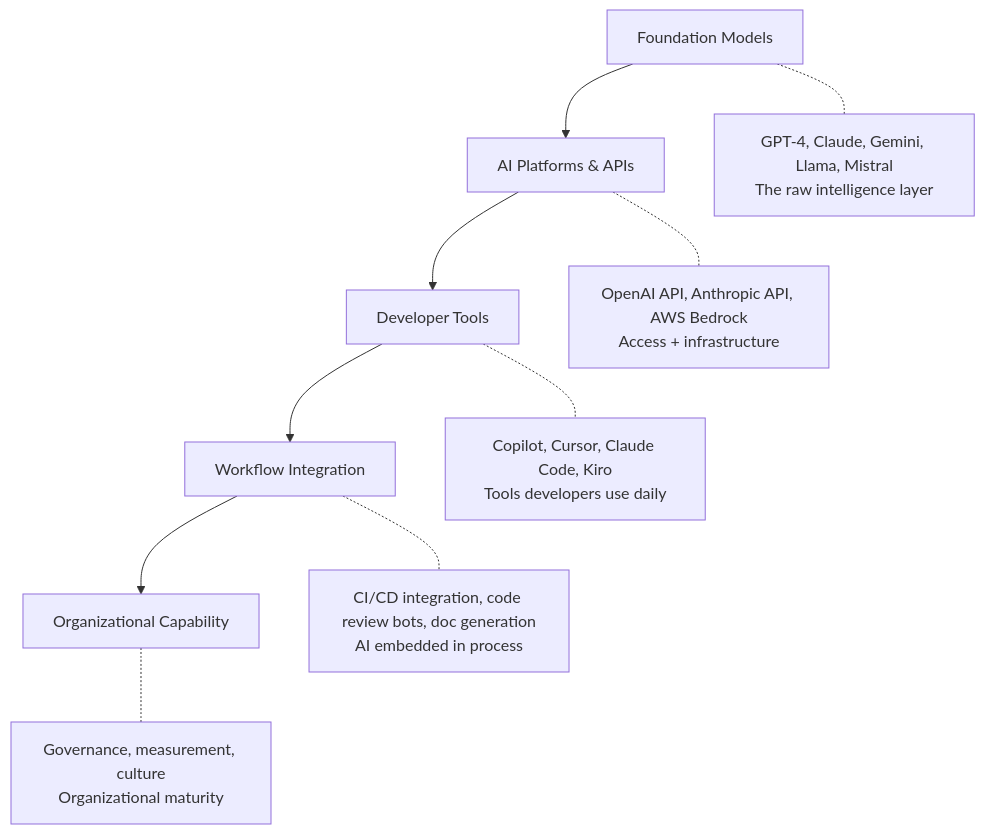
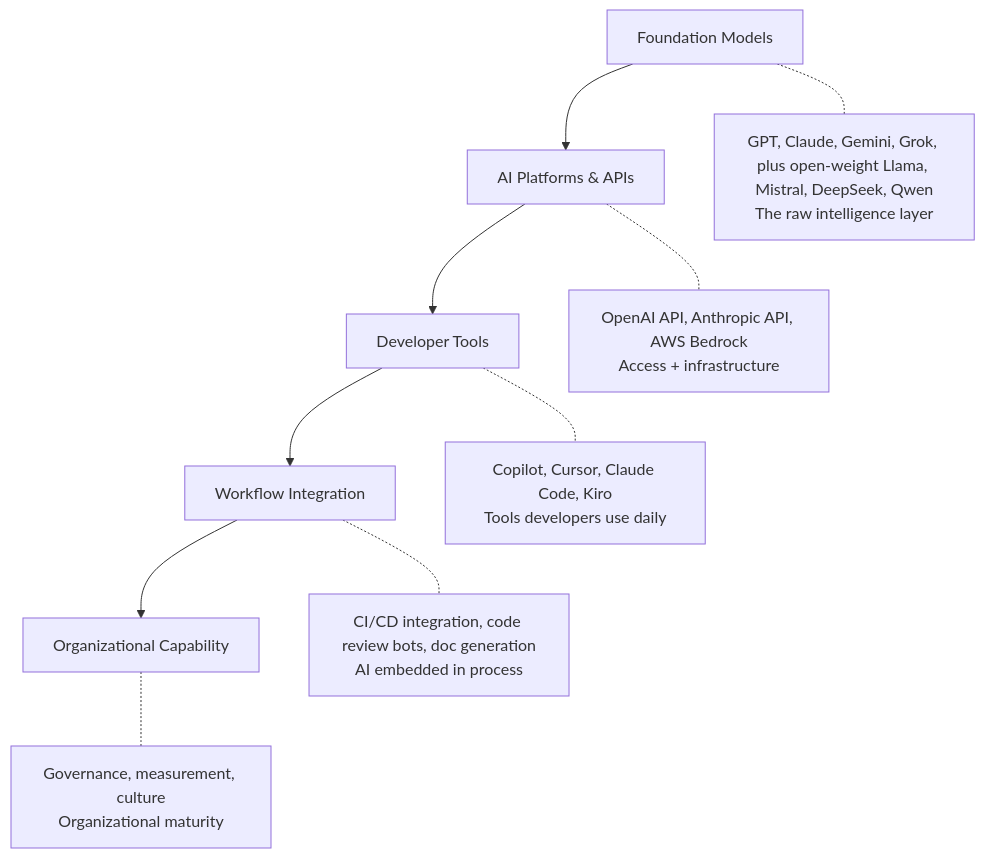
One commit to bernardmendonca/ai-engineering-playbook changed the first of 2 diagrams in foundations/ai-landscape.md. Above: the diagram before and after it, drawn with Mermaid. The commit also changed other lines of this file and 53 other files, not shown here.

````diff
--- a/foundations/ai-landscape.md
+++ b/foundations/ai-landscape.md
@@ -13,13 +15,13 @@
 ```mermaid
 flowchart TD
     A[Foundation Models] --> B[AI Platforms & APIs]
     B --> C[Developer Tools]
     C --> D[Workflow Integration]
     D --> E[Organizational Capability]
 
-    A -.- A1[GPT-4, Claude, Gemini, Llama, Mistral<br/>The raw intelligence layer]
+    A -.- A1[GPT, Claude, Gemini, Grok, plus open-weight Llama, Mistral, DeepSeek, Qwen<br/>The raw intelligence layer]
     B -.- B1[OpenAI API, Anthropic API, AWS Bedrock<br/>Access + infrastructure]
     C -.- C1[Copilot, Cursor, Claude Code, Kiro<br/>Tools developers use daily]
     D -.- D1[CI/CD integration, code review bots, doc generation<br/>AI embedded in process]
     E -.- E1[Governance, measurement, culture<br/>Organizational maturity]
 ```
````
